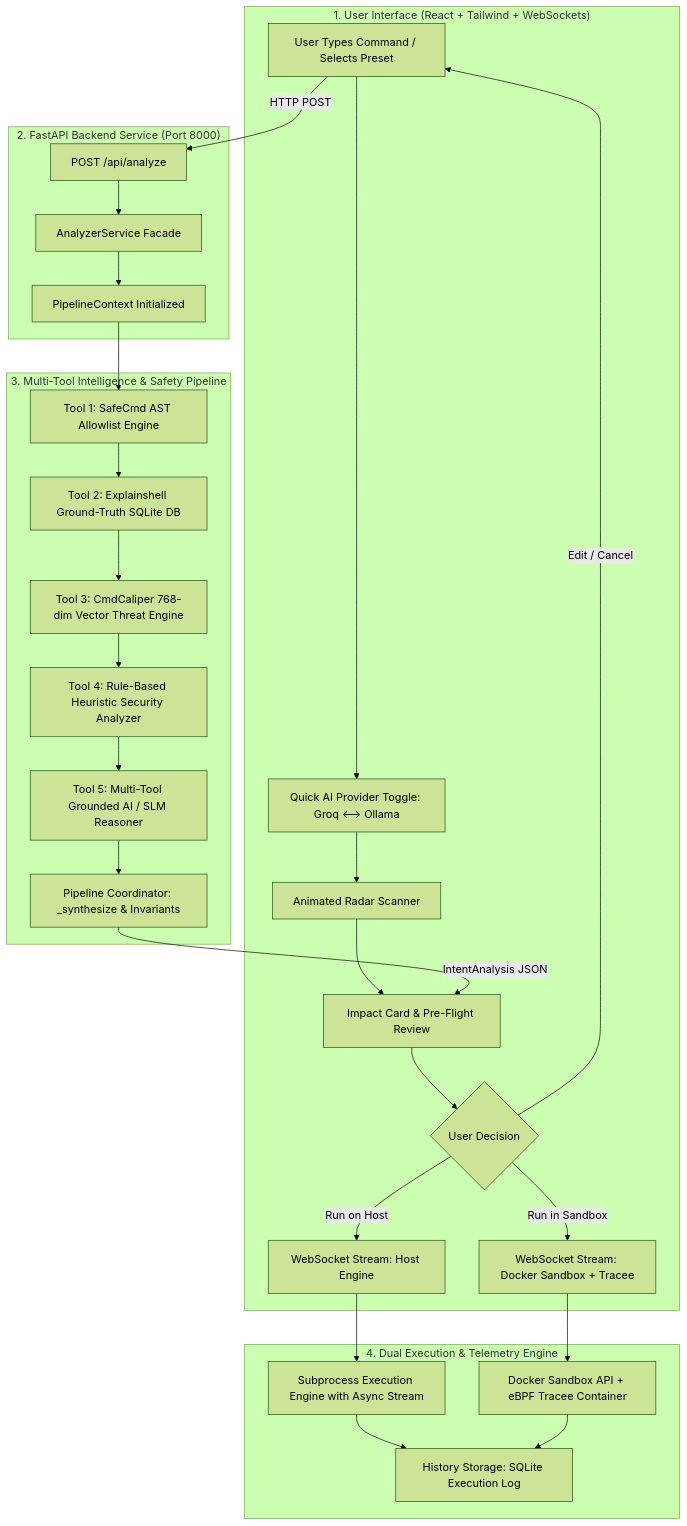
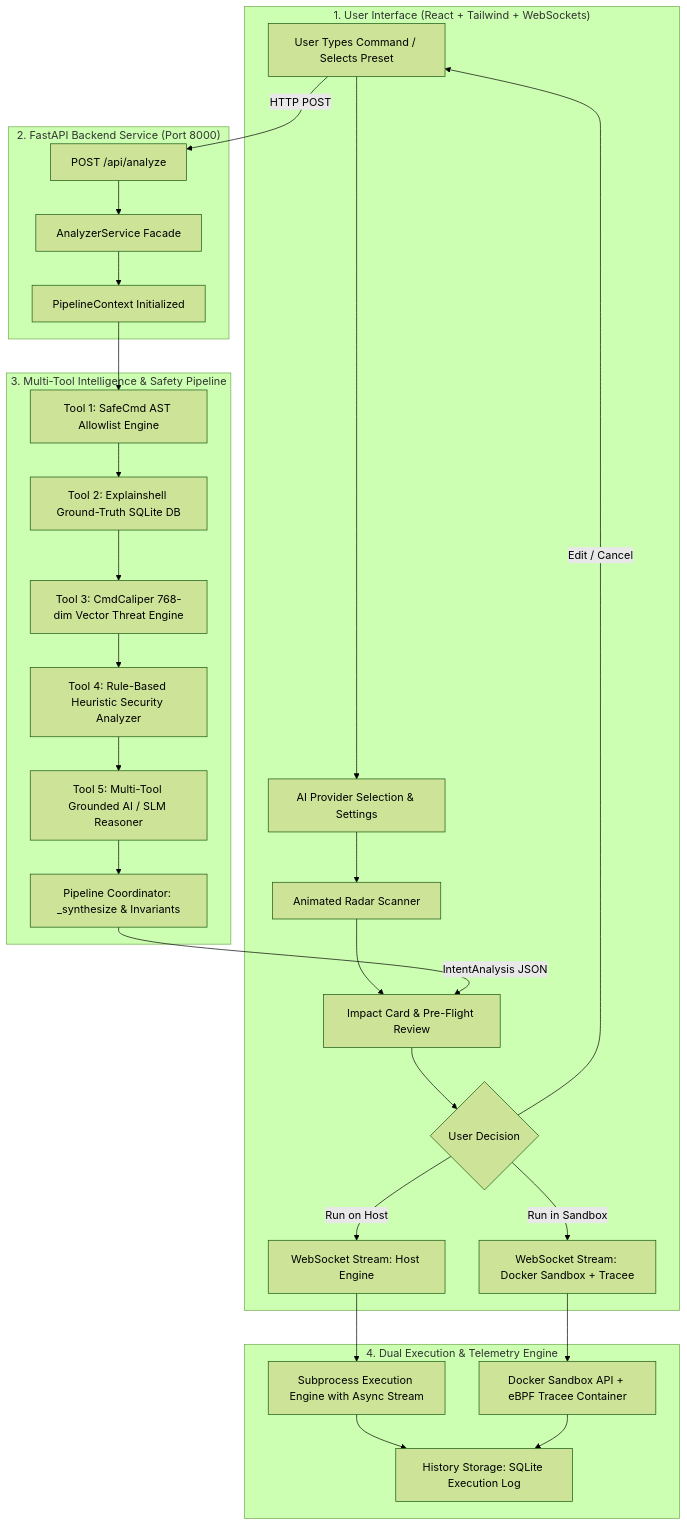
One commit to ameya-kawade/AI-Based-Linux-Command-Intent-Engine changed the diagram in HOW_IT_WORKS.md. Above: the diagram before and after it, drawn with Mermaid (forest theme). The commit also changed other lines of this file and 19 other files, not shown here.

````diff
--- a/HOW_IT_WORKS.md
+++ b/HOW_IT_WORKS.md
@@ -9,36 +9,36 @@
 ```mermaid
 flowchart TD
     subgraph UI["1. User Interface (React + Tailwind + WebSockets)"]
-        A[User Types Command / Selects Preset] --> B[Quick AI Provider Toggle: Groq ⟷ Ollama]
+        A[User Types Command / Selects Preset] --> B[AI Provider Selection & Settings]
         B --> C[Animated Radar Scanner]
         C --> D[Impact Card & Pre-Flight Review]
         D --> E{User Decision}
         E -->|Run on Host| F1[WebSocket Stream: Host Engine]
         E -->|Run in Sandbox| F2[WebSocket Stream: Docker Sandbox + Tracee]
         E -->|Edit / Cancel| A
     end
 
     subgraph API["2. FastAPI Backend Service (Port 8000)"]
         G[POST /api/analyze] --> H[AnalyzerService Facade]
         H --> I[PipelineContext Initialized]
     end
 
     subgraph Pipeline["3. Multi-Tool Intelligence & Safety Pipeline"]
         I --> T1[Tool 1: SafeCmd AST Allowlist Engine]
         T1 --> T2[Tool 2: Explainshell Ground-Truth SQLite DB]
         T2 --> T3[Tool 3: CmdCaliper 768-dim Vector Threat Engine]
         T3 --> T4[Tool 4: Rule-Based Heuristic Security Analyzer]
         T4 --> T5[Tool 5: Multi-Tool Grounded AI / SLM Reasoner]
         T5 --> S1[Pipeline Coordinator: _synthesize & Invariants]
     end
 
     subgraph Exec["4. Dual Execution & Telemetry Engine"]
         F1 --> EX1[Subprocess Execution Engine with Async Stream]
         F2 --> EX2[Docker Sandbox API + eBPF Tracee Container]
         EX1 --> H1[History Storage: SQLite Execution Log]
         EX2 --> H1
     end
 
     A -->|HTTP POST| G
     S1 -->|IntentAnalysis JSON| D
 ```
````
